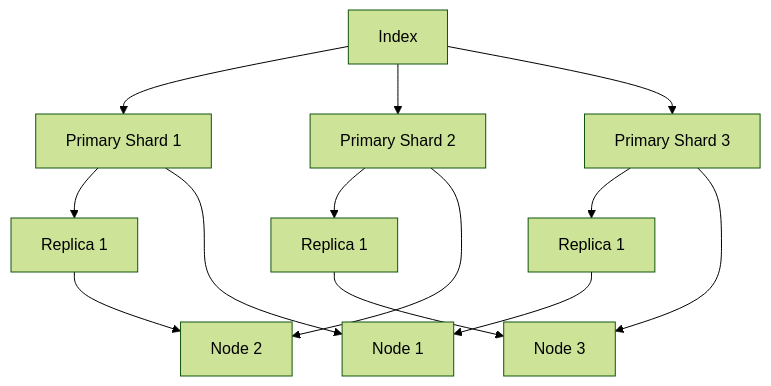
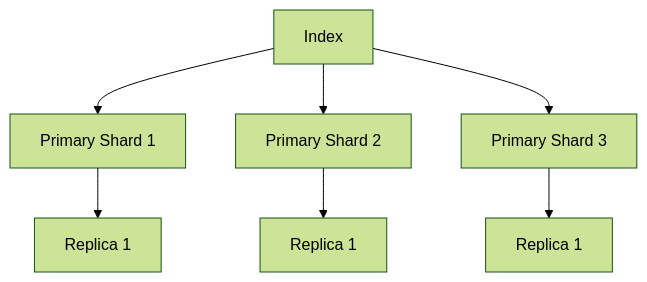
The sixth of 10 diagrams in docs/12.数据库/搜索引擎数据库/Elasticsearch/[Elasticsearch]面试.md (dunwu/waterdrop), drawn with Mermaid (forest theme) before and after one commit. The commit also changed other lines of this file and 8 other files, not shown here.

````diff
--- a/docs/12.数据库/搜索引擎数据库/Elasticsearch/[Elasticsearch]面试.md
+++ b/docs/12.数据库/搜索引擎数据库/Elasticsearch/[Elasticsearch]面试.md
@@ -918,15 +1464,9 @@
 ```mermaid
 graph TB
     A["Index"] --> B["Primary Shard 1"]
     A --> C["Primary Shard 2"]
     A --> D["Primary Shard 3"]
     B --> E["Replica 1"]
     C --> F["Replica 1"]
     D --> G["Replica 1"]
-    B --> H["Node 1"]
-    C --> I["Node 2"]
-    D --> J["Node 3"]
-    E --> I
-    F --> J
-    G --> H
 ```
````
